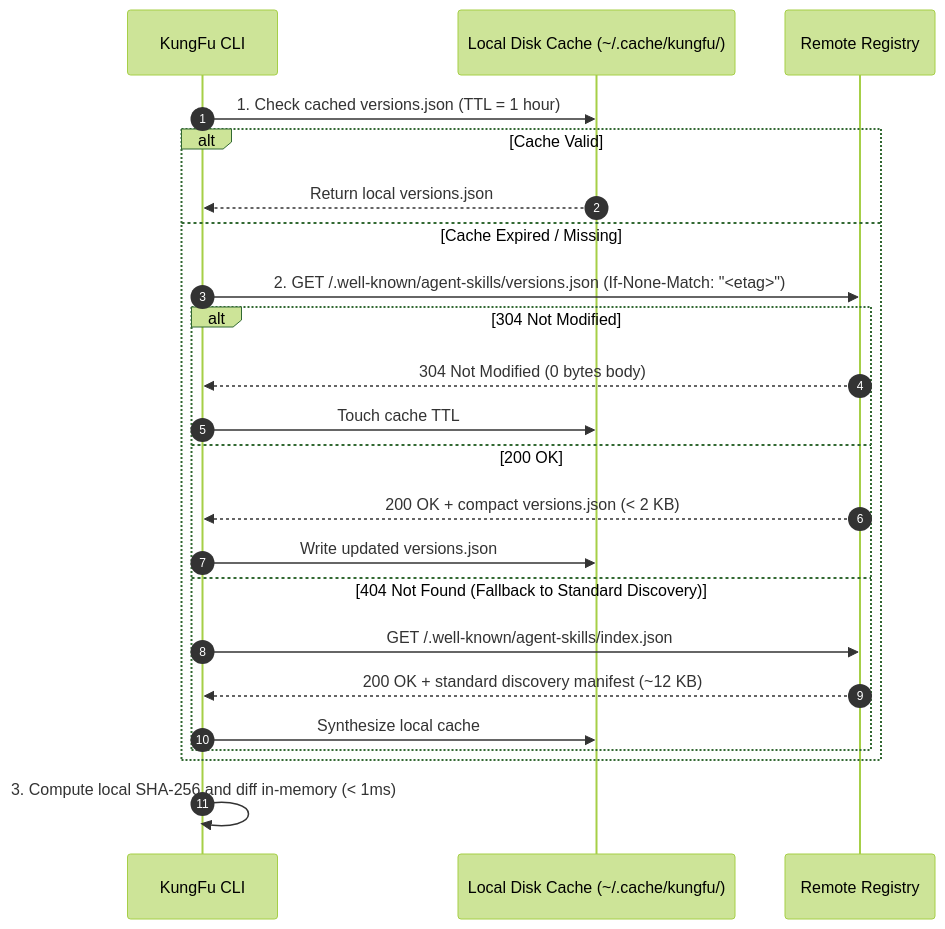
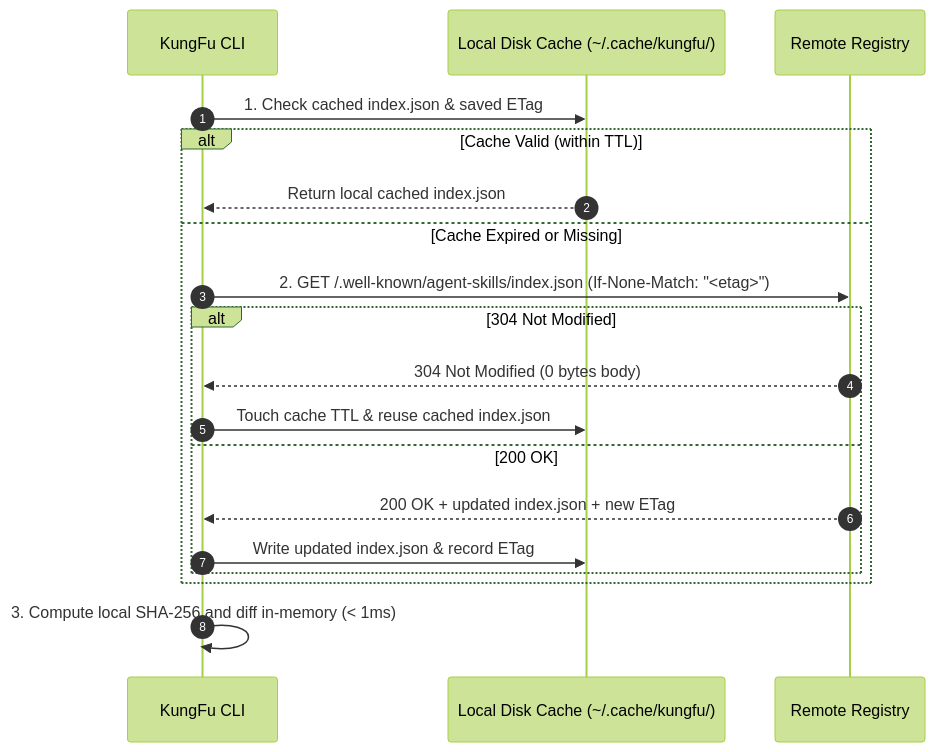
One commit to danicat/skills changed the diagram in _design/spec/0001-kungfu-cli-specification.md. Above: the diagram before and after it, drawn with Mermaid (forest theme). The commit also changed other lines of this file and 7 other files, not shown here.

First line of the commit message:
chore: purge versions.json and rely on discovery manifest with ETag caching

````diff
--- a/_design/spec/0001-kungfu-cli-specification.md
+++ b/_design/spec/0001-kungfu-cli-specification.md
@@ -321,26 +321,22 @@
 ```mermaid
 sequenceDiagram
     autonumber
     participant CLI as KungFu CLI
     participant Cache as Local Disk Cache (~/.cache/kungfu/)
     participant Remote as Remote Registry
 
-    CLI->>Cache: 1. Check cached versions.json (TTL = 1 hour)
-    alt Cache Valid
-        Cache-->>CLI: Return local versions.json
-    else Cache Expired / Missing
-        CLI->>Remote: 2. GET /.well-known/agent-skills/versions.json (If-None-Match: "<etag>")
+    CLI->>Cache: 1. Check cached index.json & saved ETag
+    alt Cache Valid (within TTL)
+        Cache-->>CLI: Return local cached index.json
+    else Cache Expired or Missing
+        CLI->>Remote: 2. GET /.well-known/agent-skills/index.json (If-None-Match: "<etag>")
         alt 304 Not Modified
             Remote-->>CLI: 304 Not Modified (0 bytes body)
-            CLI->>Cache: Touch cache TTL
+            CLI->>Cache: Touch cache TTL & reuse cached index.json
         else 200 OK
-            Remote-->>CLI: 200 OK + compact versions.json (< 2 KB)
-            CLI->>Cache: Write updated versions.json
-        else 404 Not Found (Fallback to Standard Discovery)
-            CLI->>Remote: GET /.well-known/agent-skills/index.json
-            Remote-->>CLI: 200 OK + standard discovery manifest (~12 KB)
-            CLI->>Cache: Synthesize local cache
+            Remote-->>CLI: 200 OK + updated index.json + new ETag
+            CLI->>Cache: Write updated index.json & record ETag
         end
     end
     CLI->>CLI: 3. Compute local SHA-256 and diff in-memory (< 1ms)
 ```
````
